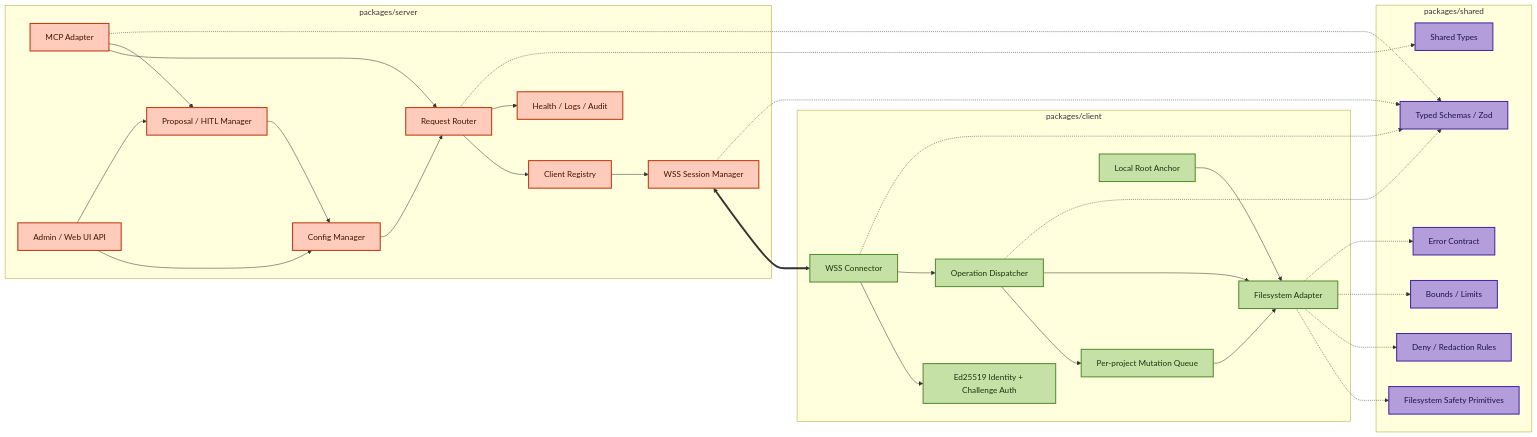
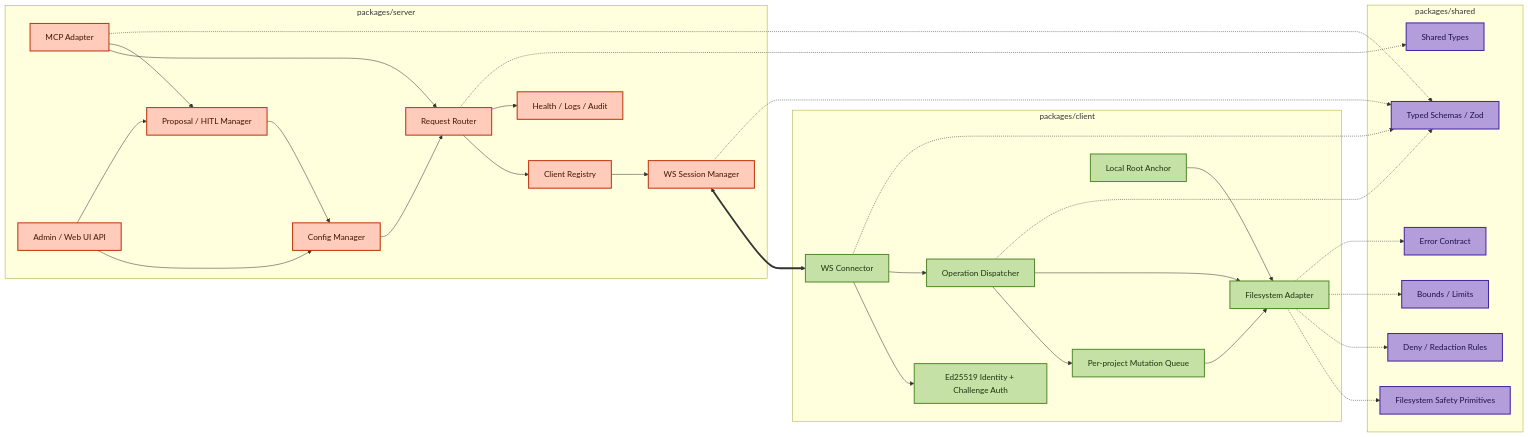
One commit to apinheiro99/reach-mcp changed the third of 9 diagrams in docs/architecture.md. Above: the diagram before and after it, drawn with Mermaid. The commit also changed other lines of this file and 13 other files, not shown here.

````diff
--- a/docs/architecture.md
+++ b/docs/architecture.md
@@ -245,65 +245,65 @@
 ```mermaid
 flowchart LR
     subgraph SERVER["packages/server"]
         SMCP["MCP Adapter"]
         SADMIN["Admin / Web UI API"]
         SROUTE["Request Router"]
         SREG["Client Registry"]
         SCONF["Config Manager"]
         SHITL["Proposal / HITL Manager"]
         SOBS["Health / Logs / Audit"]
-        SWSS["WSS Session Manager"]
+        SWS["WS Session Manager"]
     end
 
     subgraph SHARED["packages/shared"]
         SCHEMA["Typed Schemas / Zod"]
         TYPES["Shared Types"]
         ERR["Error Contract"]
         SAFETY["Filesystem Safety Primitives"]
         REDACT["Deny / Redaction Rules"]
         BOUNDS["Bounds / Limits"]
     end
 
     subgraph CLIENT["packages/client"]
-        CWSS["WSS Connector"]
+        CWS["WS Connector"]
         CAUTH["Ed25519 Identity + Challenge Auth"]
         CDISPATCH["Operation Dispatcher"]
         CQUEUE["Per-project Mutation Queue"]
         CROOT["Local Root Anchor"]
         CFS["Filesystem Adapter"]
     end
 
     SMCP --> SROUTE
     SMCP --> SHITL
     SADMIN --> SCONF
     SADMIN --> SHITL --> SCONF
-    SROUTE --> SREG --> SWSS
+    SROUTE --> SREG --> SWS
     SCONF --> SROUTE
     SROUTE --> SOBS
 
-    SWSS <==> CWSS
-    CWSS --> CAUTH
-    CWSS --> CDISPATCH
+    SWS <==> CWS
+    CWS --> CAUTH
+    CWS --> CDISPATCH
     CDISPATCH --> CQUEUE
     CDISPATCH --> CFS
     CQUEUE --> CFS
     CROOT --> CFS
 
     SMCP -.-> SCHEMA
-    SWSS -.-> SCHEMA
-    CWSS -.-> SCHEMA
+    SWS -.-> SCHEMA
+    CWS -.-> SCHEMA
     CDISPATCH -.-> SCHEMA
     CFS -.-> SAFETY
     CFS -.-> REDACT
     CFS -.-> BOUNDS
     SROUTE -.-> TYPES
     CFS -.-> ERR
 
     classDef server fill:#ffccbc,stroke:#bf360c,color:#421400,stroke-width:2px;
     classDef shared fill:#b39ddb,stroke:#4527a0,color:#21104b,stroke-width:2px;
     classDef client fill:#c5e1a5,stroke:#558b2f,color:#1d3510,stroke-width:2px;
 
-    class SMCP,SADMIN,SROUTE,SREG,SCONF,SHITL,SOBS,SWSS server;
+    class SMCP,SADMIN,SROUTE,SREG,SCONF,SHITL,SOBS,SWS server;
     class SCHEMA,TYPES,ERR,SAFETY,REDACT,BOUNDS shared;
-    class CWSS,CAUTH,CDISPATCH,CQUEUE,CROOT,CFS client;
+    class CWS,CAUTH,CDISPATCH,CQUEUE,CROOT,CFS client;
 ```
````
